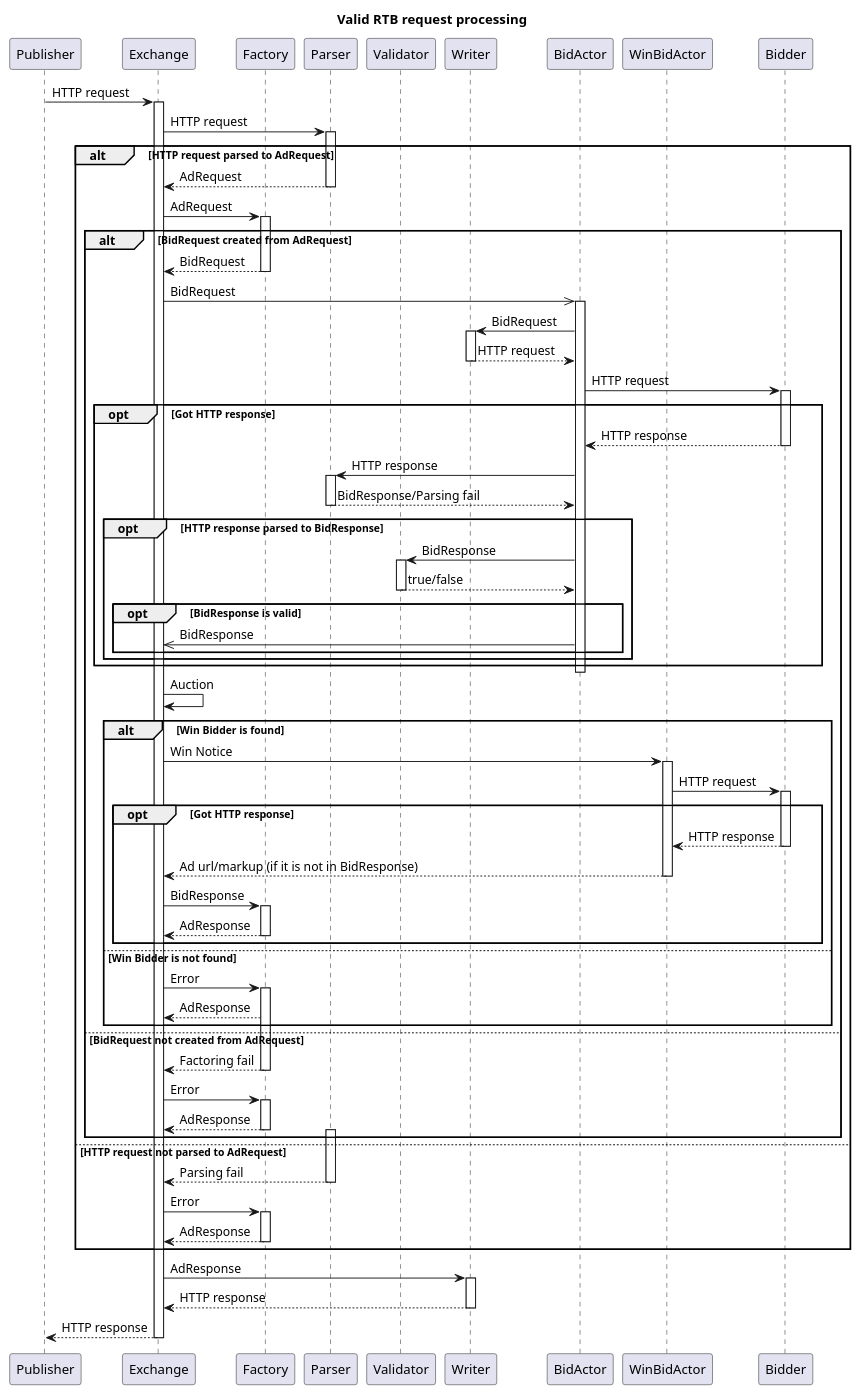
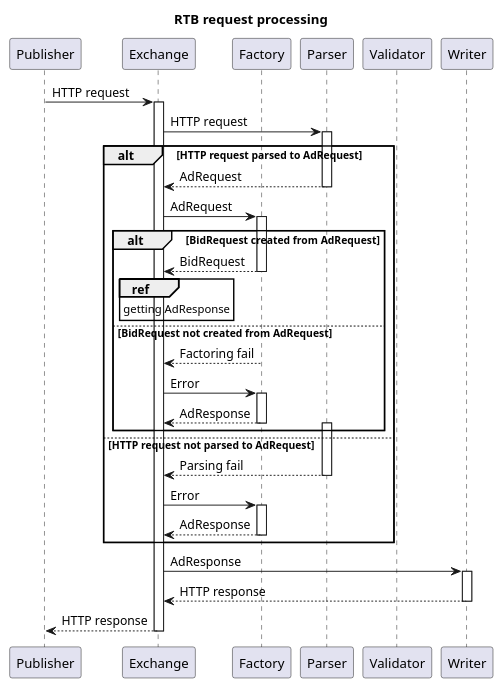
The diagram in diagrams/request_processing.puml (bwsw/simple-rtb-exchange), drawn with PlantUML before and after one commit. The commit also changed 1 other file, not shown here.

Commit message:
Ticket #2574.  Move getting AdResponse to other diagram.

```diff
--- a/diagrams/request_processing.puml
+++ b/diagrams/request_processing.puml
@@ -1,117 +1,59 @@
 @startuml
 
-title Valid RTB request processing
+title RTB request processing
 
 participant Publisher
 participant Exchange
 participant Factory
 participant Parser
 participant Validator
 participant Writer
-participant BidActor
-participant WinBidActor
-participant Bidder
 
 Publisher -> Exchange: HTTP request
 activate Exchange
 
 Exchange -> Parser: HTTP request
 activate Parser
 
 alt HTTP request parsed to AdRequest
     Exchange <-- Parser: AdRequest
     deactivate Parser
     Exchange -> Factory: AdRequest
     activate Factory
 
     alt BidRequest created from AdRequest
         Exchange <-- Factory: BidRequest
         deactivate Factory
 
-        Exchange ->> BidActor: BidRequest
-        activate BidActor
-
-        BidActor -> Writer: BidRequest
-        activate Writer
-        Writer --> BidActor: HTTP request
-        deactivate Writer
-
-        BidActor -> Bidder: HTTP request
-        activate Bidder
-        opt Got HTTP response
-            BidActor <-- Bidder: HTTP response
-            deactivate Bidder
-
-            BidActor -> Parser: HTTP response
-            activate Parser
-
-            BidActor <-- Parser: BidResponse/Parsing fail
-            deactivate Parser
-            opt HTTP response parsed to BidResponse
-                BidActor -> Validator: BidResponse
-                activate Validator
-                BidActor <-- Validator: true/false
-                deactivate Validator
-                opt BidResponse is valid
-                    Exchange <<- BidActor: BidResponse
-                end
-            end
-        end
-
-        deactivate BidActor
-            
-        Exchange -> Exchange: Auction
-
-        alt Win Bidder is found
-            Exchange -> WinBidActor: Win Notice
-            activate WinBidActor
-            WinBidActor -> Bidder: HTTP request
-            activate Bidder
-            opt Got HTTP response
-                WinBidActor <-- Bidder: HTTP response
-                deactivate Bidder
-                Exchange <-- WinBidActor: Ad url/markup (if it is not in BidResponse)
-                deactivate WinBidActor
-                
-                Exchange -> Factory: BidResponse
-                activate Factory
-                Exchange <-- Factory: AdResponse
-                deactivate Factory
-            end
-
-        else Win Bidder is not found
-            Exchange -> Factory: Error
-            activate Factory
-            Exchange <-- Factory: AdResponse
-        end
+        ref over Exchange: getting AdResponse
 
     else BidRequest not created from AdRequest
         Exchange <-- Factory: Factoring fail
         deactivate Factory
 
         Exchange -> Factory: Error
         activate Factory
         Exchange <-- Factory: AdResponse
         deactivate Factory
 
         activate Parser
     end
 
 else HTTP request not parsed to AdRequest
     Exchange <-- Parser: Parsing fail
     deactivate Parser
 
     Exchange -> Factory: Error
     activate Factory
     Exchange <-- Factory: AdResponse
     deactivate Factory
 end
 
 Exchange -> Writer: AdResponse
 activate Writer
 Exchange <-- Writer: HTTP response
 deactivate Writer
 Exchange --> Publisher: HTTP response
 deactivate Exchange
 
 @enduml
```
